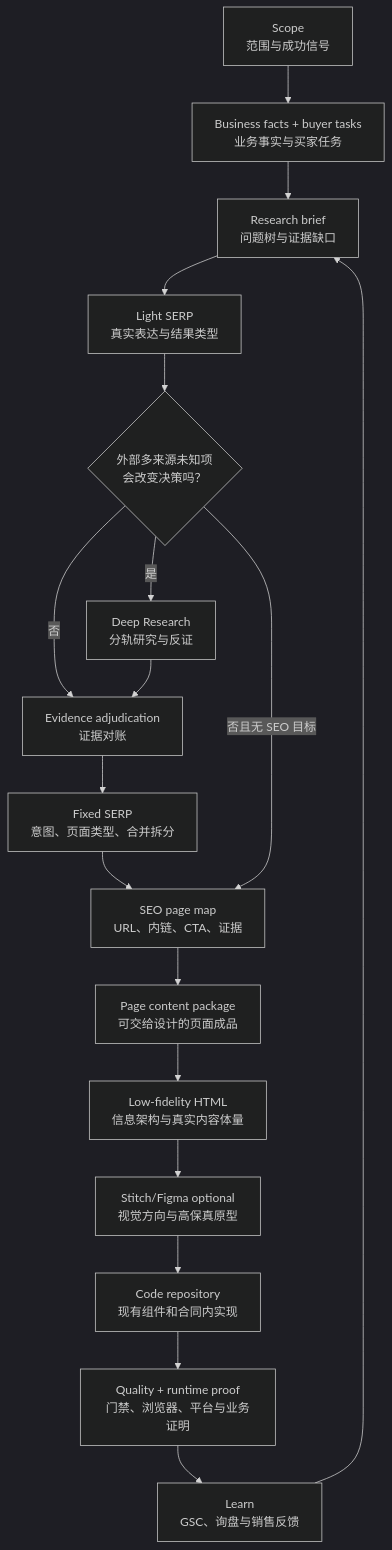
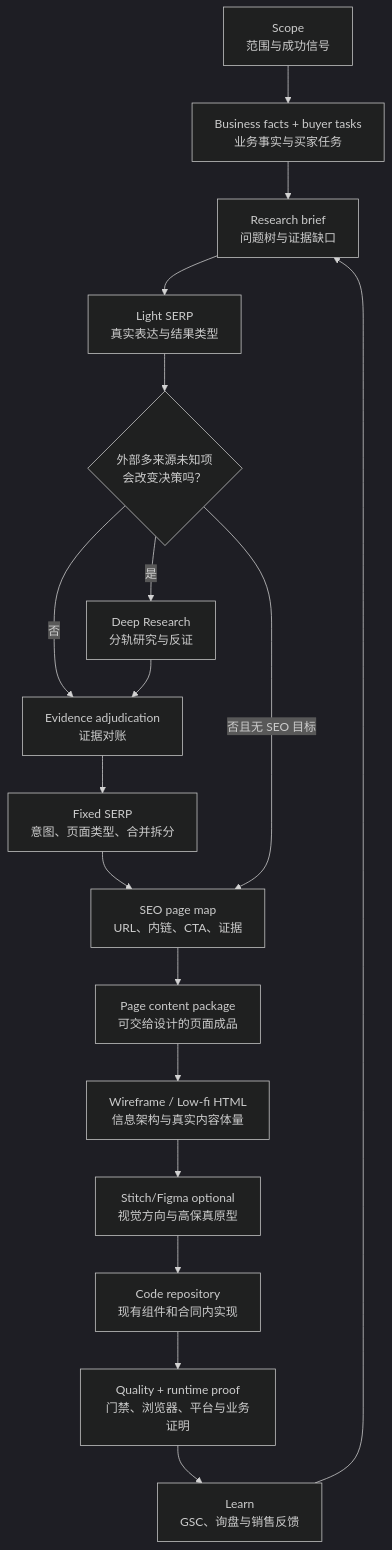
One commit to rock-909/b2b-inquiry-site-base changed the diagram in docs/派生站工作流.md. Above: the diagram before and after it, drawn with Mermaid (dark theme). The commit also changed other lines of this file and 1 other file, not shown here.

Commit message:
docs: clarify wireframe gate for derived sites

````diff
--- a/docs/派生站工作流.md
+++ b/docs/派生站工作流.md
@@ -7,20 +7,20 @@
 ```mermaid
 flowchart TD
     A[Scope\n范围与成功信号] --> B[Business facts + buyer tasks\n业务事实与买家任务]
     B --> C[Research brief\n问题树与证据缺口]
     C --> D[Light SERP\n真实表达与结果类型]
     D --> E{外部多来源未知项\n会改变决策吗？}
     E -- 是 --> F[Deep Research\n分轨研究与反证]
     E -- 否 --> G[Evidence adjudication\n证据对账]
     F --> G
     G --> H[Fixed SERP\n意图、页面类型、合并拆分]
     H --> I[SEO page map\nURL、内链、CTA、证据]
     I --> J[Page content package\n可交给设计的页面成品]
-    J --> K[Low-fidelity HTML\n信息架构与真实内容体量]
+    J --> K[Wireframe / Low-fi HTML\n信息架构与真实内容体量]
     K --> L[Stitch/Figma optional\n视觉方向与高保真原型]
     L --> M[Code repository\n现有组件和合同内实现]
     M --> N[Quality + runtime proof\n门禁、浏览器、平台与业务证明]
     N --> O[Learn\nGSC、询盘与销售反馈]
     O --> C
     E -- 否且无 SEO 目标 --> I
 ```
````
